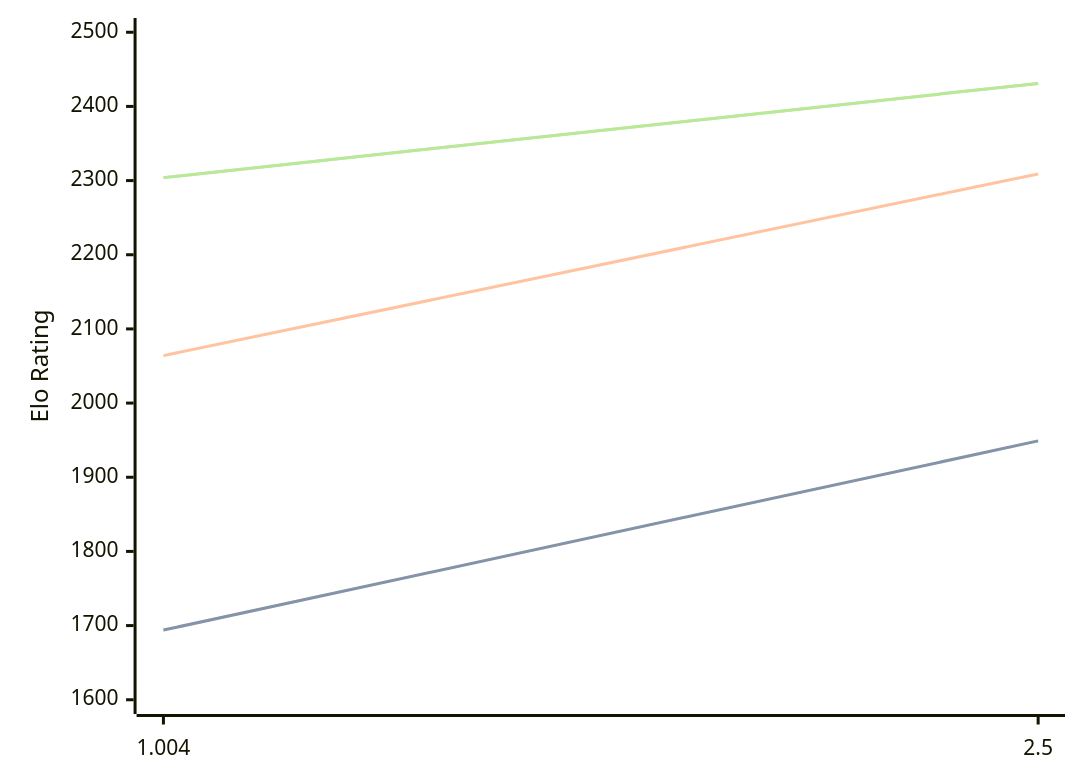
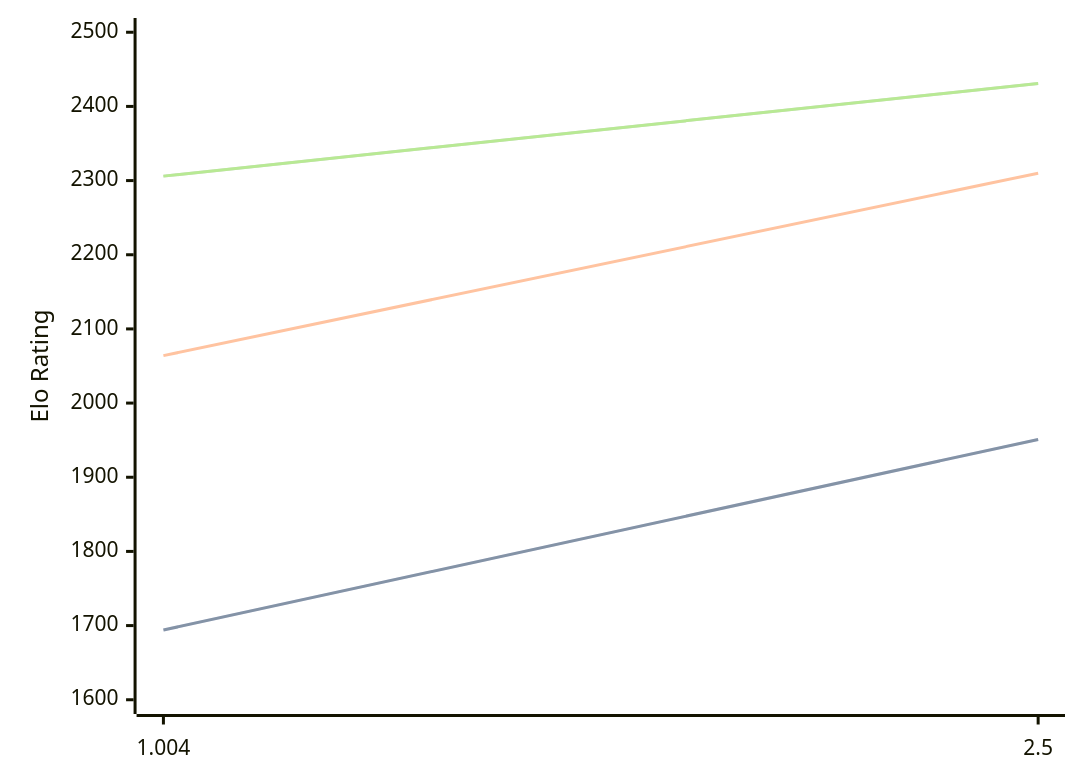
The diagram in engines/Ares.md (computer-chess-index/cci), drawn with Mermaid before and after one commit. The commit also changed other lines of this file, not shown here.

Commit message:
Update CCI Ratings (ELO VLTC) - 2026-07-23

````diff
--- a/engines/Ares.md
+++ b/engines/Ares.md
@@ -32,11 +32,11 @@
 ```mermaid
 %%{init: {"theme":"base","themeVariables":{"seriesColors:['#a3a3a3','#222221','#faa371']}}}%%
 xychart-beta
   x-axis ["1.004", "2.5"]
   y-axis "Elo Rating" 1600 --> 2500
-  line "STC (8.0+0.08s)" [1694, 1949]
-  line "STC (8.0+0.08s)" [1694, 1949]
-  line "LTC (60.0+0.60s)" [2064, 2309]
-  line "VLTC (2m24s+1.12s)" [2304, 2431]
-  line "VLTC (2m24s+1.12s)" [2304, 2431]
+  line "STC (8.0+0.08s)" [1694, 1951]
+  line "STC (8.0+0.08s)" [1694, 1951]
+  line "LTC (60.0+0.60s)" [2064, 2310]
+  line "VLTC (2m24s+1.12s)" [2306, 2431]
+  line "VLTC (2m24s+1.12s)" [2306, 2431]
 ```
````
